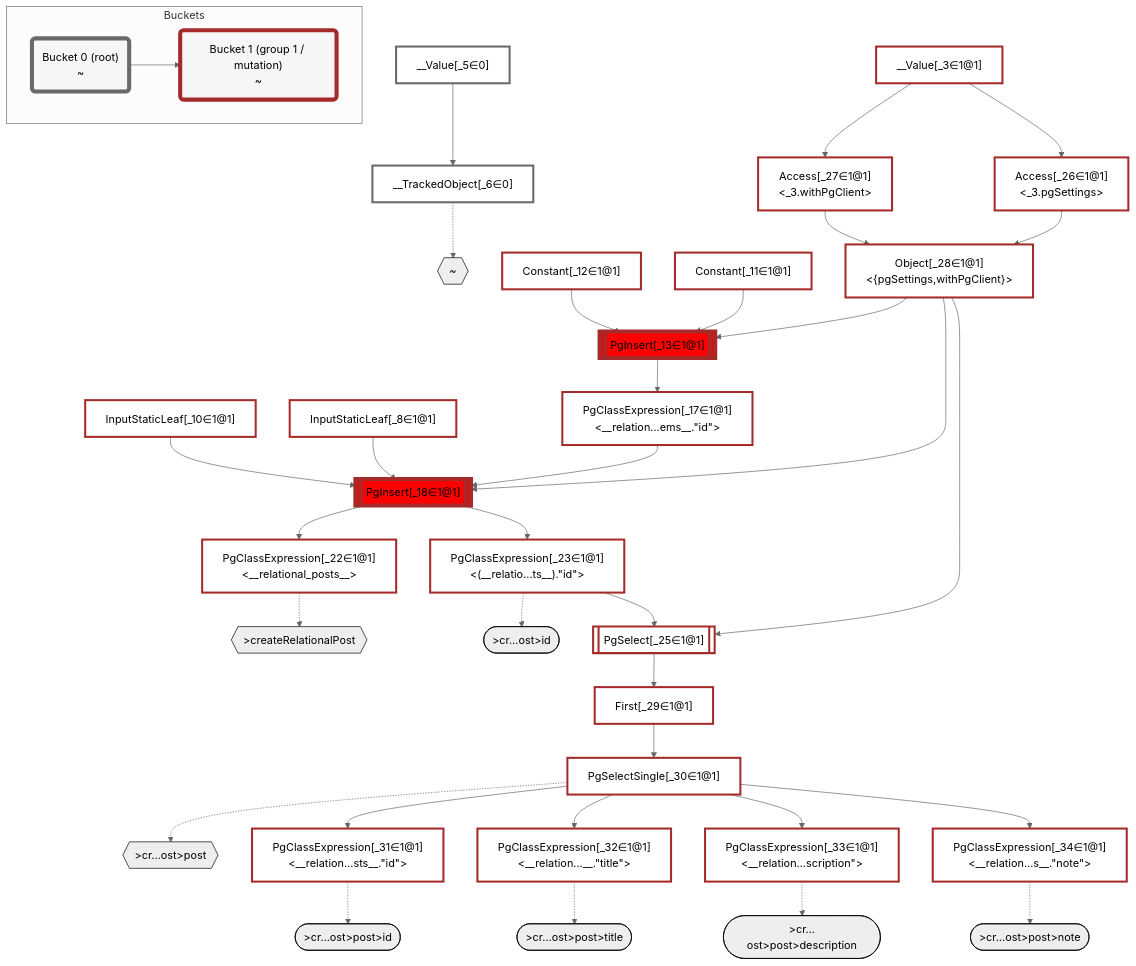
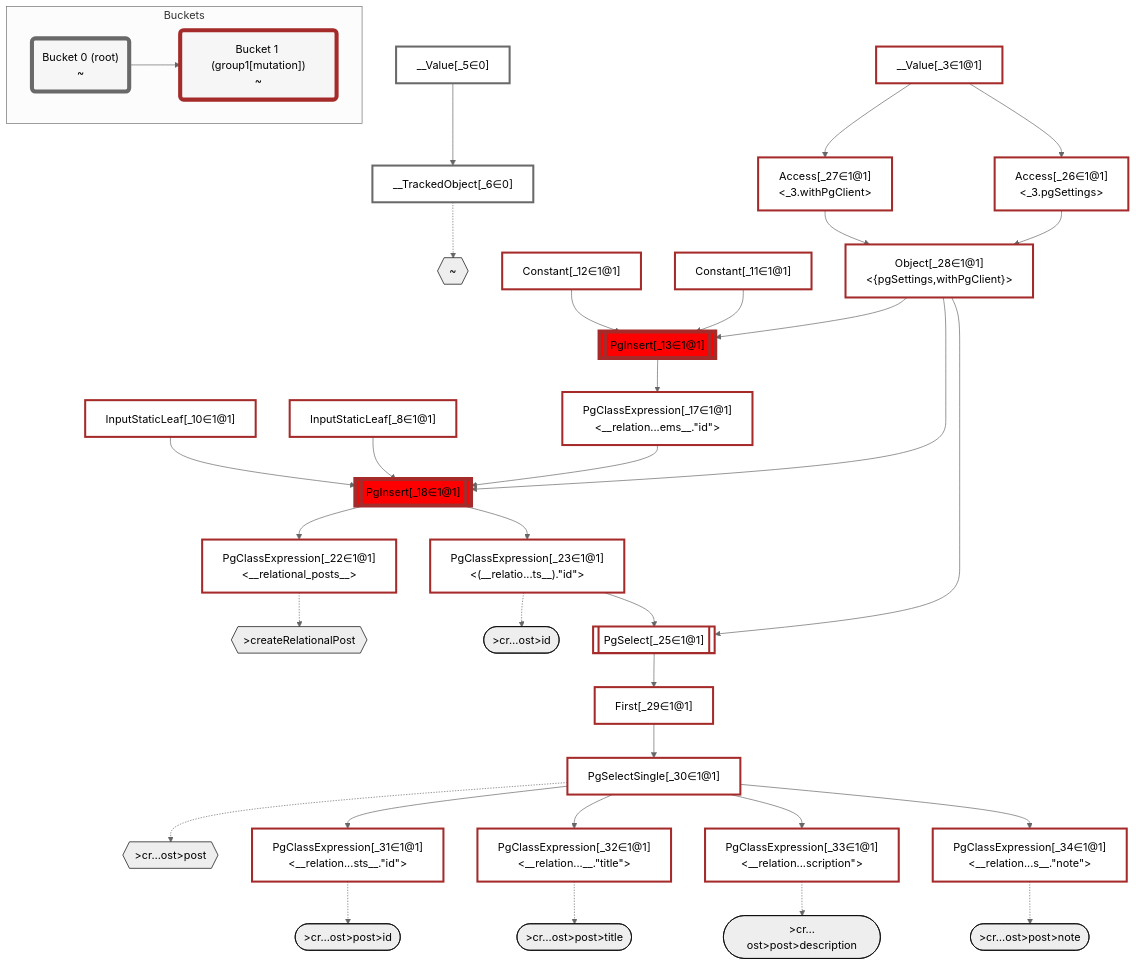
The diagram in packages/dataplan-pg/__tests__/mutations/basics/create-relational-post-default-description.mermaid.md (graphile/crystal), drawn with Mermaid (neutral theme) before and after one commit. The commit also changed 159 other files, not shown here.

```diff
--- a/packages/dataplan-pg/__tests__/mutations/basics/create-relational-post-default-description.mermaid.md
+++ b/packages/dataplan-pg/__tests__/mutations/basics/create-relational-post-default-description.mermaid.md
@@ -92,7 +92,7 @@
     subgraph Buckets
     Bucket0("Bucket 0 (root)<br />~"):::bucket
     style Bucket0 stroke:#696969
-    Bucket1("Bucket 1 (group 1 / mutation)<br />~"):::bucket
+    Bucket1("Bucket 1 (group1[mutation])<br />~"):::bucket
     style Bucket1 stroke:#a52a2a
     Bucket0 --> Bucket1
     end
```
